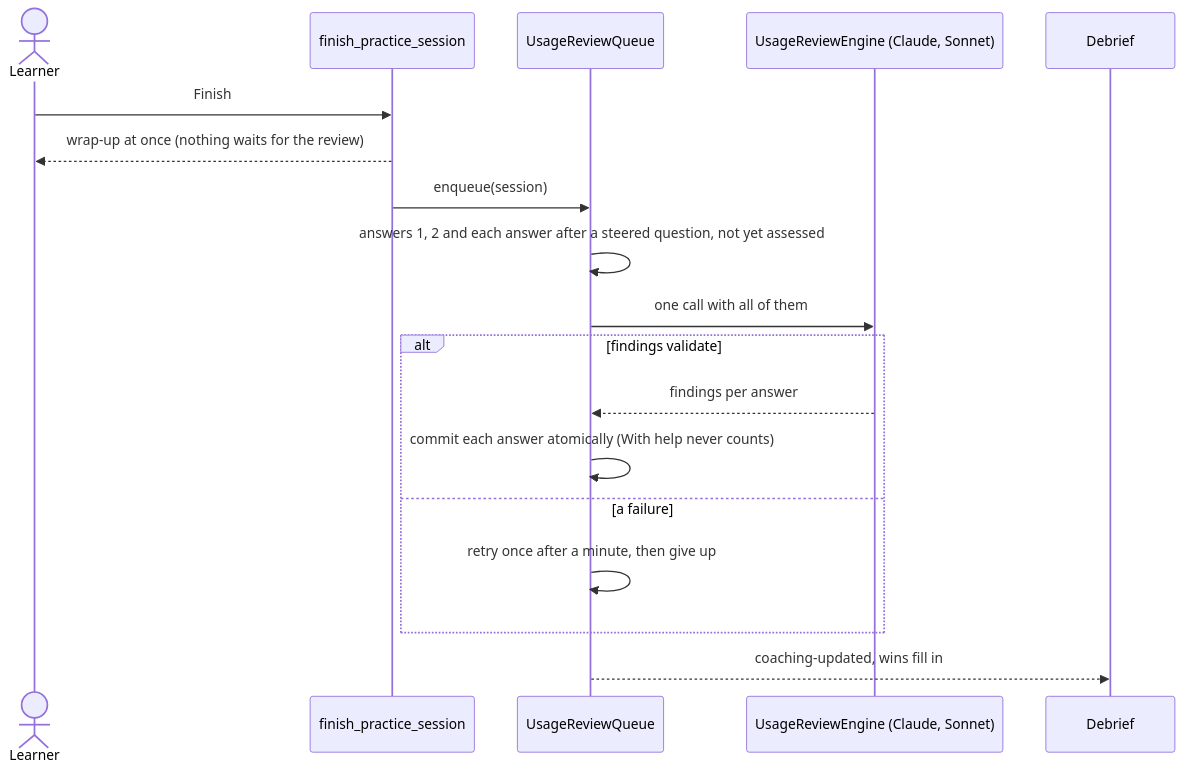
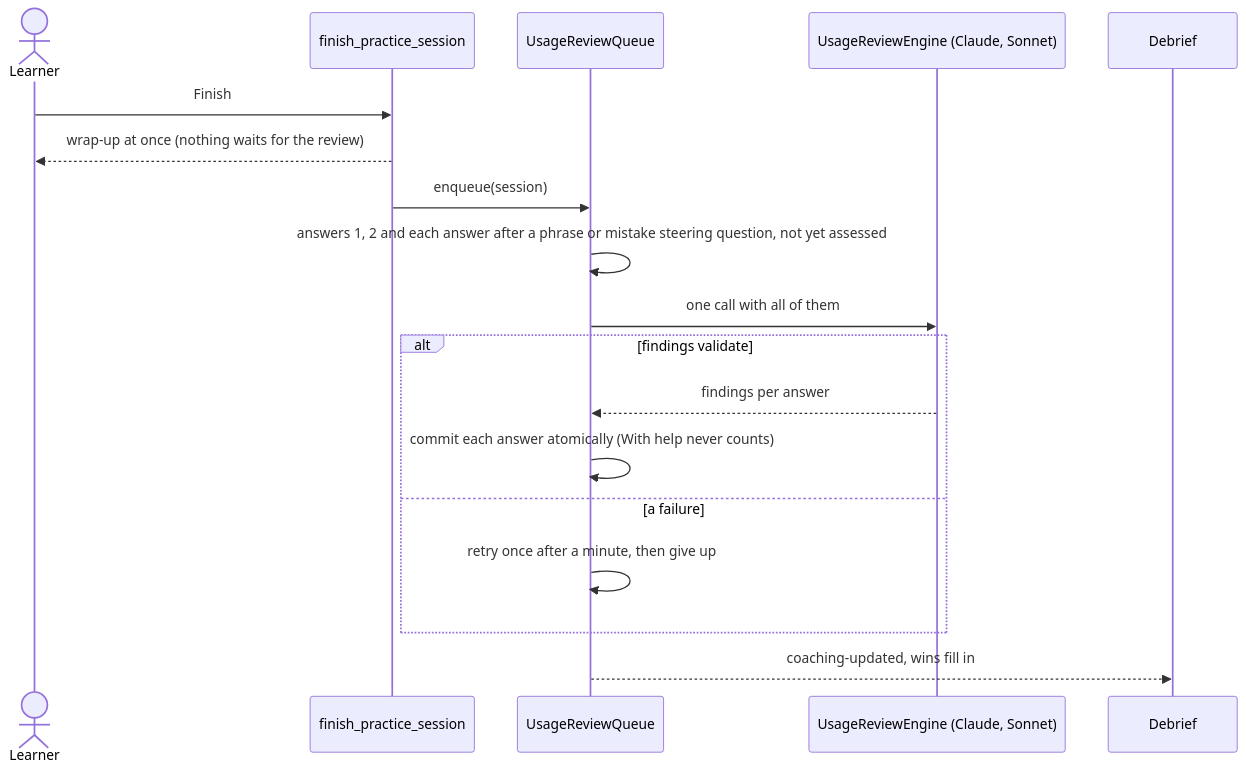
Before and after one commit to oleksii-latyshev/english-trainer: the third of 5 diagrams in src/features/coaching-note/flow.md, drawn with Mermaid. The commit also changed other lines of this file and 13 other files, not shown here.

````diff
--- a/src/features/coaching-note/flow.md
+++ b/src/features/coaching-note/flow.md
@@ -87,21 +87,21 @@
 ```mermaid
 sequenceDiagram
     actor Learner
     participant Rust as finish_practice_session
     participant Queue as UsageReviewQueue
     participant Claude as UsageReviewEngine (Claude, Sonnet)
     participant View as Debrief
 
     Learner->>Rust: Finish
     Rust-->>Learner: wrap-up at once (nothing waits for the review)
     Rust->>Queue: enqueue(session)
-    Queue->>Queue: answers 1, 2 and each answer after a steered question, not yet assessed
+    Queue->>Queue: answers 1, 2 and each answer after a phrase or mistake steering question, not yet assessed
     Queue->>Claude: one call with all of them
     alt findings validate
         Claude-->>Queue: findings per answer
         Queue->>Queue: commit each answer atomically (With help never counts)
     else a failure
         Queue->>Queue: retry once after a minute, then give up
     end
     Queue-->>View: coaching-updated, wins fill in
 ```
````
